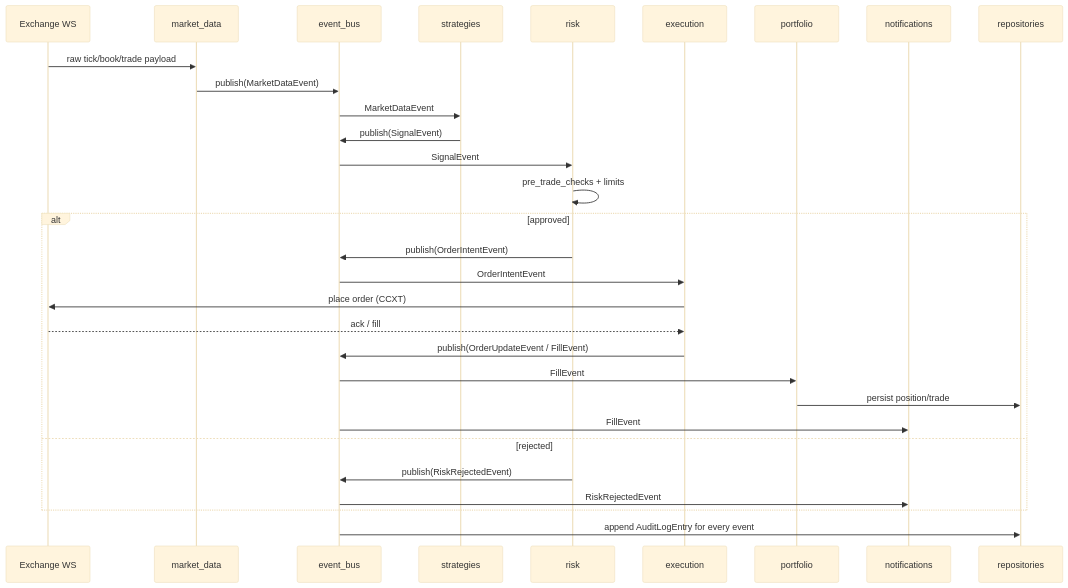
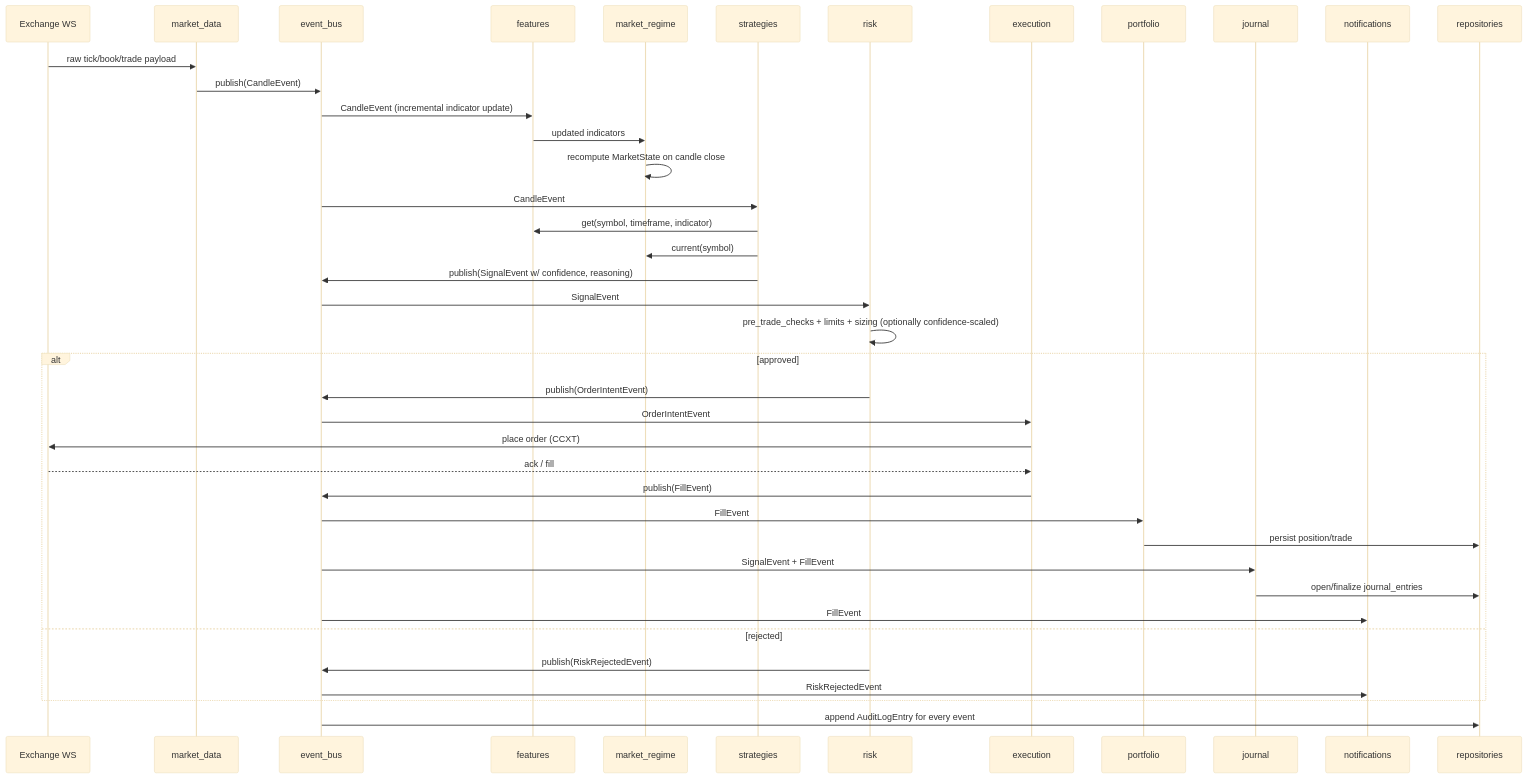
One commit to zaidhaz/quant-trading-platform changed the fourth of 5 diagrams in docs/ARCHITECTURE.md. Above: the diagram before and after it, drawn with Mermaid (base theme). The commit also changed other lines of this file and 1 other file, not shown here.

First line of the commit message:
Revise architecture for V1 scope reduction and review feedback

````diff
--- a/docs/ARCHITECTURE.md
+++ b/docs/ARCHITECTURE.md
@@ -489,33 +586,43 @@
 ```mermaid
 sequenceDiagram
     participant EX as Exchange WS
     participant MD as market_data
     participant BUS as event_bus
+    participant FEAT as features
+    participant REG as market_regime
     participant ST as strategies
     participant RK as risk
     participant EXE as execution
     participant PF as portfolio
+    participant JR as journal
     participant NT as notifications
     participant DB as repositories
 
     EX->>MD: raw tick/book/trade payload
-    MD->>BUS: publish(MarketDataEvent)
-    BUS->>ST: MarketDataEvent
-    ST->>BUS: publish(SignalEvent)
+    MD->>BUS: publish(CandleEvent)
+    BUS->>FEAT: CandleEvent (incremental indicator update)
+    FEAT->>REG: updated indicators
+    REG->>REG: recompute MarketState on candle close
+    BUS->>ST: CandleEvent
+    ST->>FEAT: get(symbol, timeframe, indicator)
+    ST->>REG: current(symbol)
+    ST->>BUS: publish(SignalEvent w/ confidence, reasoning)
     BUS->>RK: SignalEvent
-    RK->>RK: pre_trade_checks + limits
+    RK->>RK: pre_trade_checks + limits + sizing (optionally confidence-scaled)
     alt approved
         RK->>BUS: publish(OrderIntentEvent)
         BUS->>EXE: OrderIntentEvent
         EXE->>EX: place order (CCXT)
         EX-->>EXE: ack / fill
-        EXE->>BUS: publish(OrderUpdateEvent / FillEvent)
+        EXE->>BUS: publish(FillEvent)
         BUS->>PF: FillEvent
         PF->>DB: persist position/trade
+        BUS->>JR: SignalEvent + FillEvent
+        JR->>DB: open/finalize journal_entries
         BUS->>NT: FillEvent
     else rejected
         RK->>BUS: publish(RiskRejectedEvent)
         BUS->>NT: RiskRejectedEvent
     end
     BUS->>DB: append AuditLogEntry for every event
 ```
````
